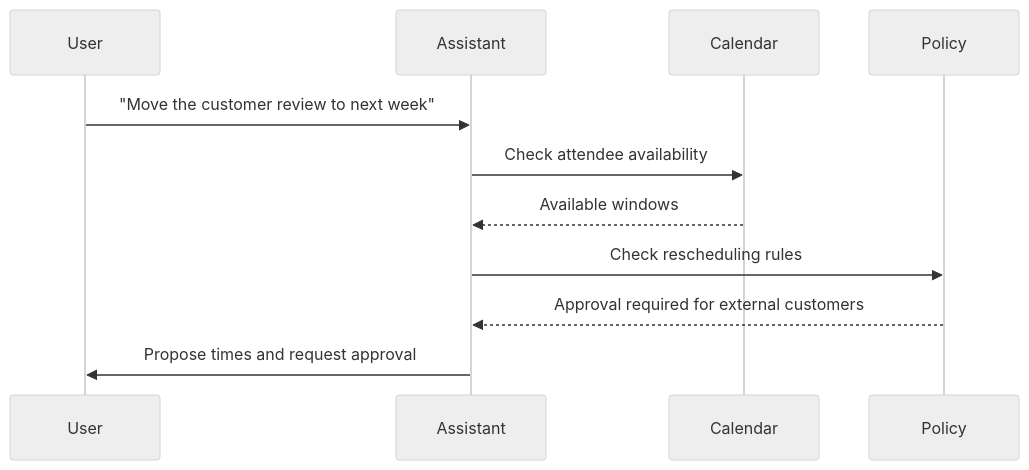
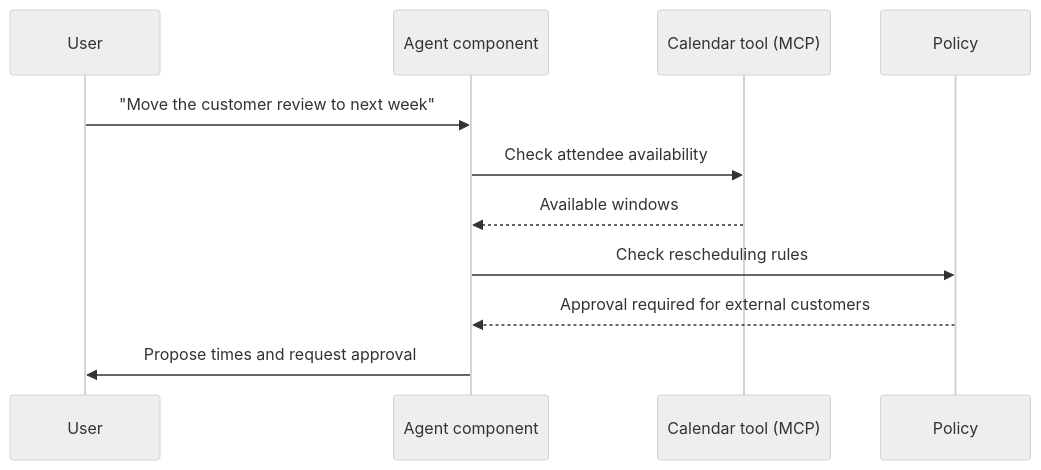
One commit to naren-allam/agents-beginners changed the tenth of 11 diagrams in book/chapters/chapter-02-from-agents-to-agentic-ai.md. Above: the diagram before and after it, drawn with Mermaid (neutral theme). The commit also changed other lines of this file and 28 other files, not shown here.

````diff
--- a/book/chapters/chapter-02-from-agents-to-agentic-ai.md
+++ b/book/chapters/chapter-02-from-agents-to-agentic-ai.md
@@ -347,13 +347,13 @@
 ```mermaid
 sequenceDiagram
     participant User
-    participant Assistant
-    participant Calendar
+    participant Assistant as Agent component
+    participant Calendar as Calendar tool (MCP)
     participant Policy
     User->>Assistant: "Move the customer review to next week"
     Assistant->>Calendar: Check attendee availability
     Calendar-->>Assistant: Available windows
     Assistant->>Policy: Check rescheduling rules
     Policy-->>Assistant: Approval required for external customers
     Assistant->>User: Propose times and request approval
 ```
````
